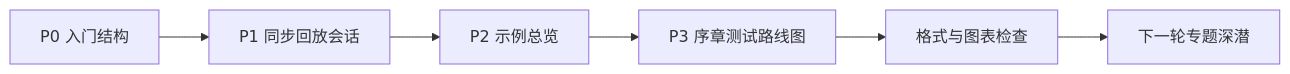
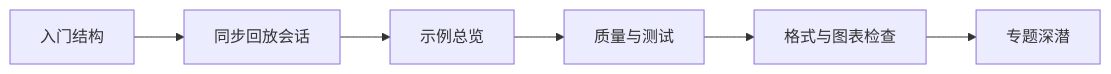
One commit to Kurumioi/AbilityKit changed the second of 7 diagrams in Docs/design/11-DocumentationCompletionPlan.md. Above: the diagram before and after it, drawn with Mermaid. The commit also changed other lines of this file and 112 other files, not shown here.

````diff
--- a/Docs/design/11-DocumentationCompletionPlan.md
+++ b/Docs/design/11-DocumentationCompletionPlan.md
@@ -69,8 +69,8 @@
 ```mermaid
 flowchart LR
-    P0[P0 入门结构] --> P1[P1 同步回放会话]
-    P1 --> P2[P2 示例总览]
-    P2 --> P3[P3 序章测试路线图]
-    P3 --> Check[格式与图表检查]
-    Check --> Next[下一轮专题深潜]
+    Foundation[入门结构] --> Sync[同步回放会话]
+    Sync --> Examples[示例总览]
+    Examples --> Quality[质量与测试]
+    Quality --> Check[格式与图表检查]
+    Check --> DeepDive[专题深潜]
 ```
````
